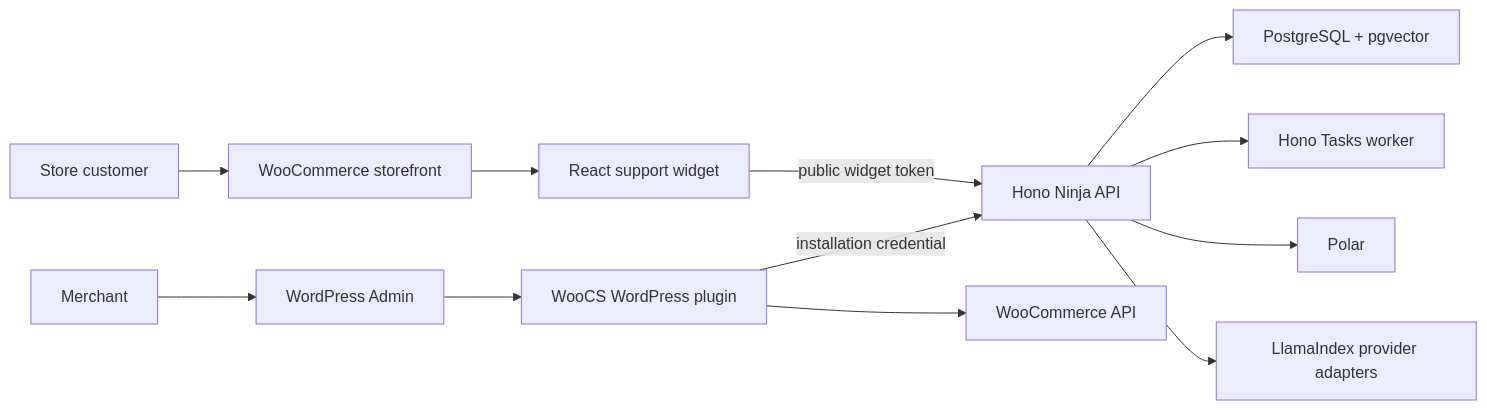
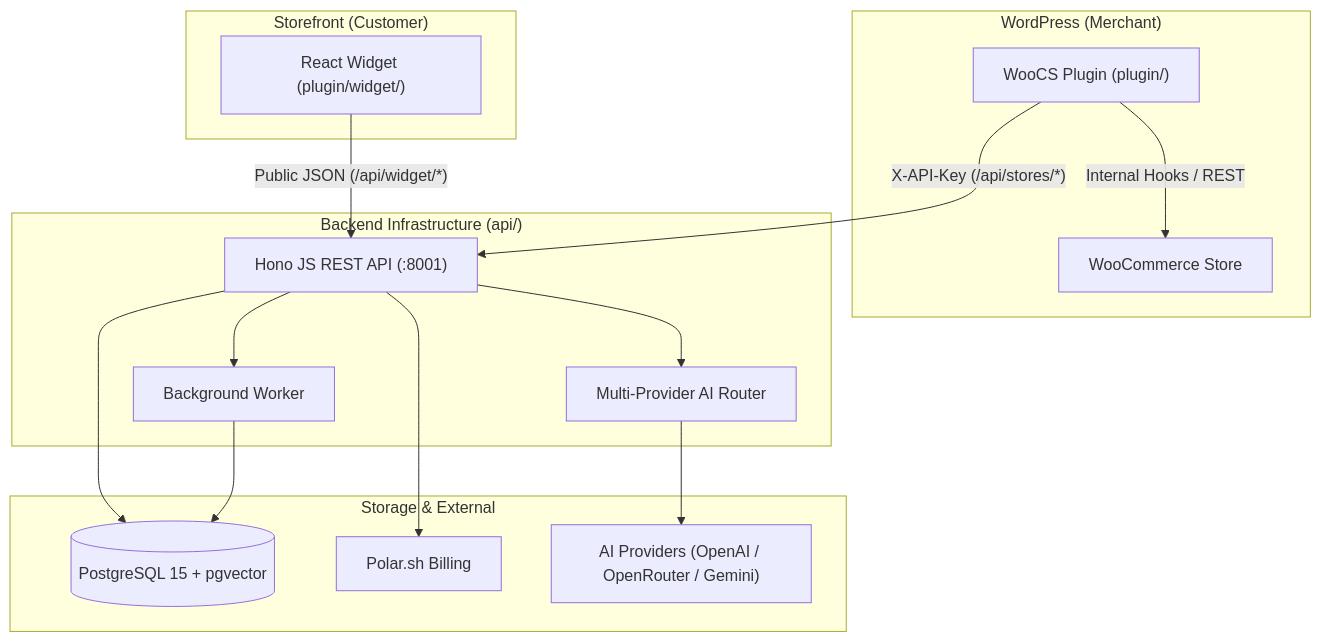
Before and after one commit to aji-pratama/woocs: the first of 5 diagrams in _docs/architecture.md, drawn with Mermaid. The commit also changed other lines of this file and 2 other files, not shown here.

Commit message:
docs: update README, architecture, and PRD documents with current tech stack and setup workflows

````diff
--- a/_docs/architecture.md
+++ b/_docs/architecture.md
@@ -38,17 +35,33 @@
 ```mermaid
-flowchart LR
-    Merchant["Merchant"] --> WPAdmin["WordPress Admin"]
-    Customer["Store customer"] --> Storefront["WooCommerce storefront"]
+flowchart TD
+    subgraph Storefront["Storefront (Customer)"]
+        Widget["React Widget (plugin/widget/)"]
+    end
 
-    WPAdmin --> Plugin["WooCS WordPress plugin"]
-    Storefront --> Widget["React support widget"]
+    subgraph WPAdmin["WordPress (Merchant)"]
+        Plugin["WooCS Plugin (plugin/)"]
+        WC["WooCommerce Store"]
+    end
 
-    Plugin -->|"installation credential"| API["Hono Ninja API"]
-    Widget -->|"public widget token"| API
+    subgraph Cloud["Backend Infrastructure (api/)"]
+        API["Hono JS REST API (:8001)"]
+        Worker["Background Worker"]
+        AIRouter["Multi-Provider AI Router"]
+    end
 
-    API --> DB["PostgreSQL + pgvector"]
-    API --> Tasks["Hono Tasks worker"]
-    API --> Billing["Polar"]
-    Plugin --> WC["WooCommerce API"]
-    API --> AI["LlamaIndex provider adapters"]
+    subgraph Persistence["Storage & External"]
+        DB[("PostgreSQL 15 + pgvector")]
+        Polar["Polar.sh Billing"]
+        LLM["AI Providers (OpenAI / OpenRouter / Gemini)"]
+    end
+
+    Widget -->|"Public JSON (/api/widget/*)"| API
+    Plugin -->|"X-API-Key (/api/stores/*)"| API
+    Plugin -->|"Internal Hooks / REST"| WC
+    API --> DB
+    API --> Worker
+    API --> AIRouter
+    API --> Polar
+    AIRouter --> LLM
+    Worker --> DB
 ```
````
